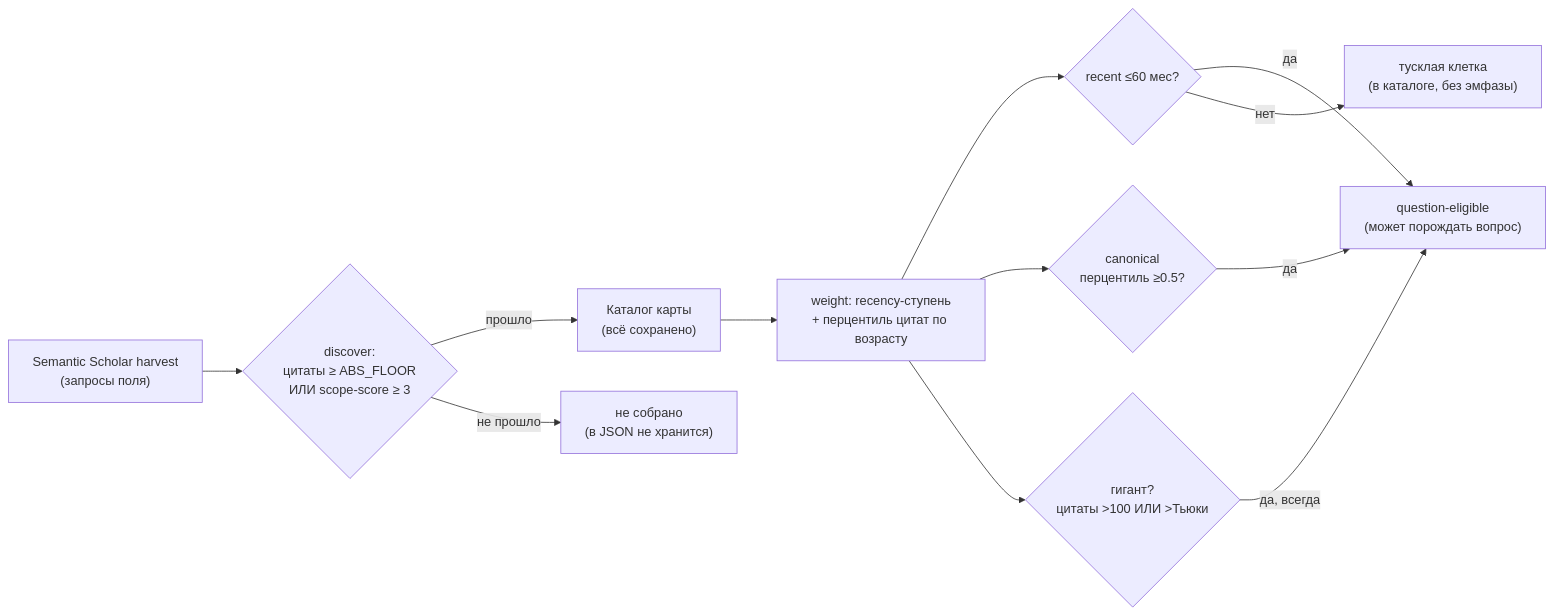
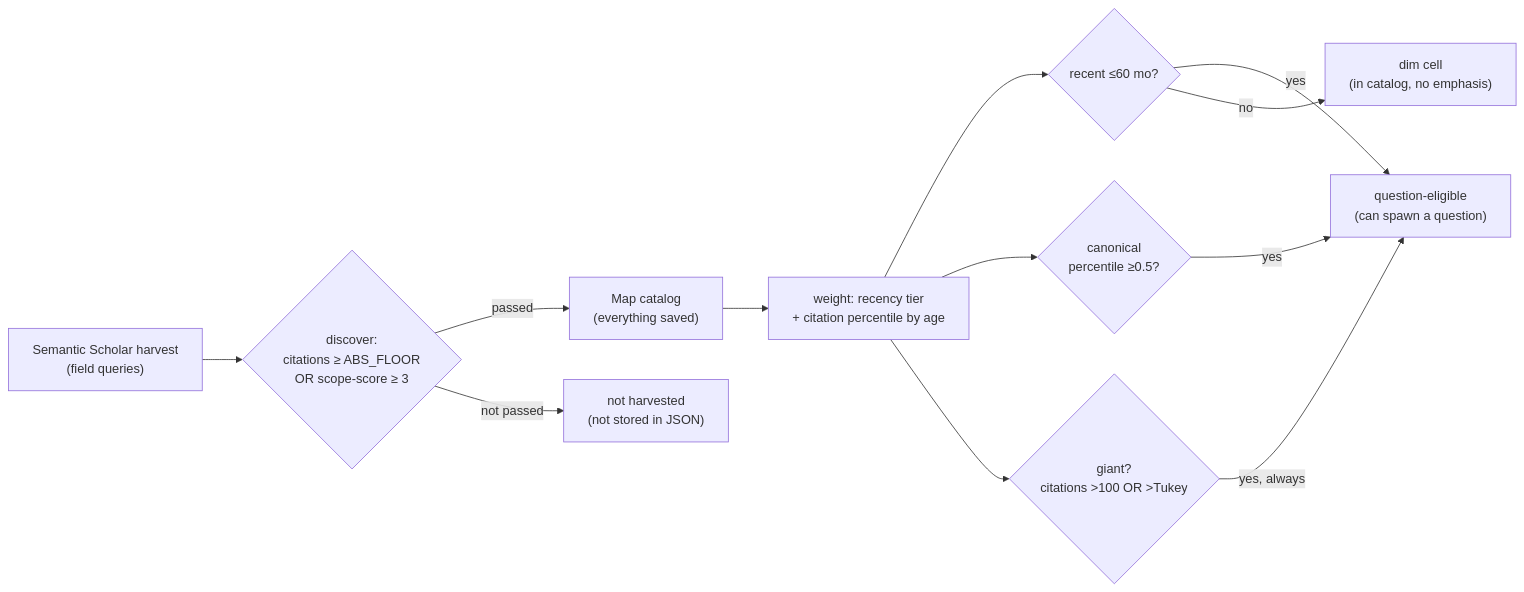
Before and after one commit to eericheva/mrs_wallbreaker_maps_public: the diagram in field_stat_reports/map_space/report.md, drawn with Mermaid. The commit also changed other lines of this file and 11 other files, not shown here.

````diff
--- a/field_stat_reports/map_space/report.md
+++ b/field_stat_reports/map_space/report.md
@@ -48,14 +48,14 @@
 ```mermaid
 flowchart LR
-  H["Semantic Scholar harvest<br/>(запросы поля)"] --> D{"discover:<br/>цитаты ≥ ABS_FLOOR<br/>ИЛИ scope-score ≥ 3"}
-  D -->|прошло| C["Каталог карты<br/>(всё сохранено)"]
-  D -->|не прошло| X["не собрано<br/>(в JSON не хранится)"]
-  C --> W["weight: recency-ступень<br/>+ перцентиль цитат по возрасту"]
-  W --> R{"recent ≤60 мес?"}
-  W --> K{"canonical<br/>перцентиль ≥0.5?"}
-  W --> G{"гигант?<br/>цитаты >100 ИЛИ >Тьюки"}
-  R -->|да| E["question-eligible<br/>(может порождать вопрос)"]
-  K -->|да| E
-  G -->|да, всегда| E
-  R -->|нет| M["тусклая клетка<br/>(в каталоге, без эмфазы)"]
+  H["Semantic Scholar harvest<br/>(field queries)"] --> D{"discover:<br/>citations ≥ ABS_FLOOR<br/>OR scope-score ≥ 3"}
+  D -->|passed| C["Map catalog<br/>(everything saved)"]
+  D -->|not passed| X["not harvested<br/>(not stored in JSON)"]
+  C --> W["weight: recency tier<br/>+ citation percentile by age"]
+  W --> R{"recent ≤60 mo?"}
+  W --> K{"canonical<br/>percentile ≥0.5?"}
+  W --> G{"giant?<br/>citations >100 OR >Tukey"}
+  R -->|yes| E["question-eligible<br/>(can spawn a question)"]
+  K -->|yes| E
+  G -->|yes, always| E
+  R -->|no| M["dim cell<br/>(in catalog, no emphasis)"]
 ```
````
